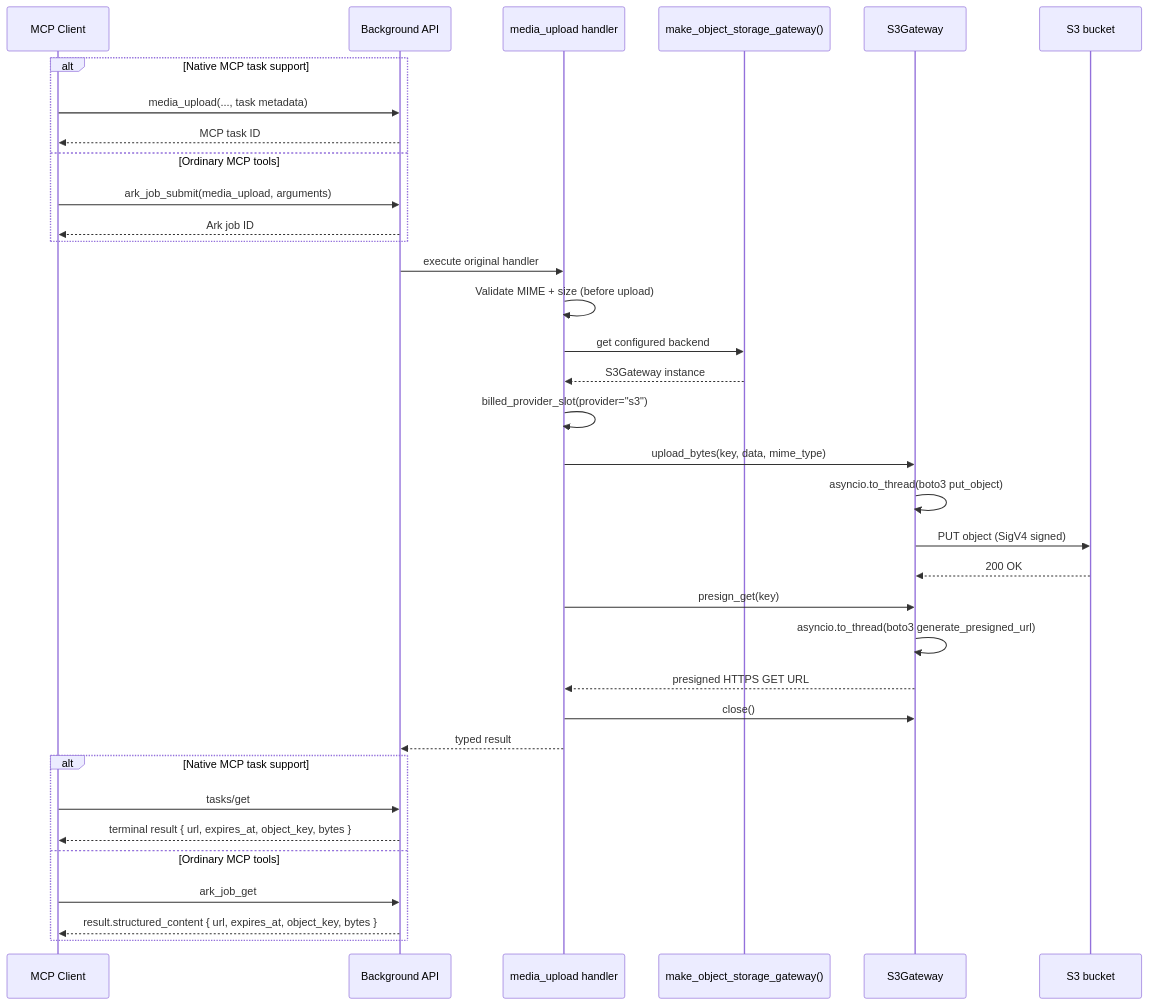
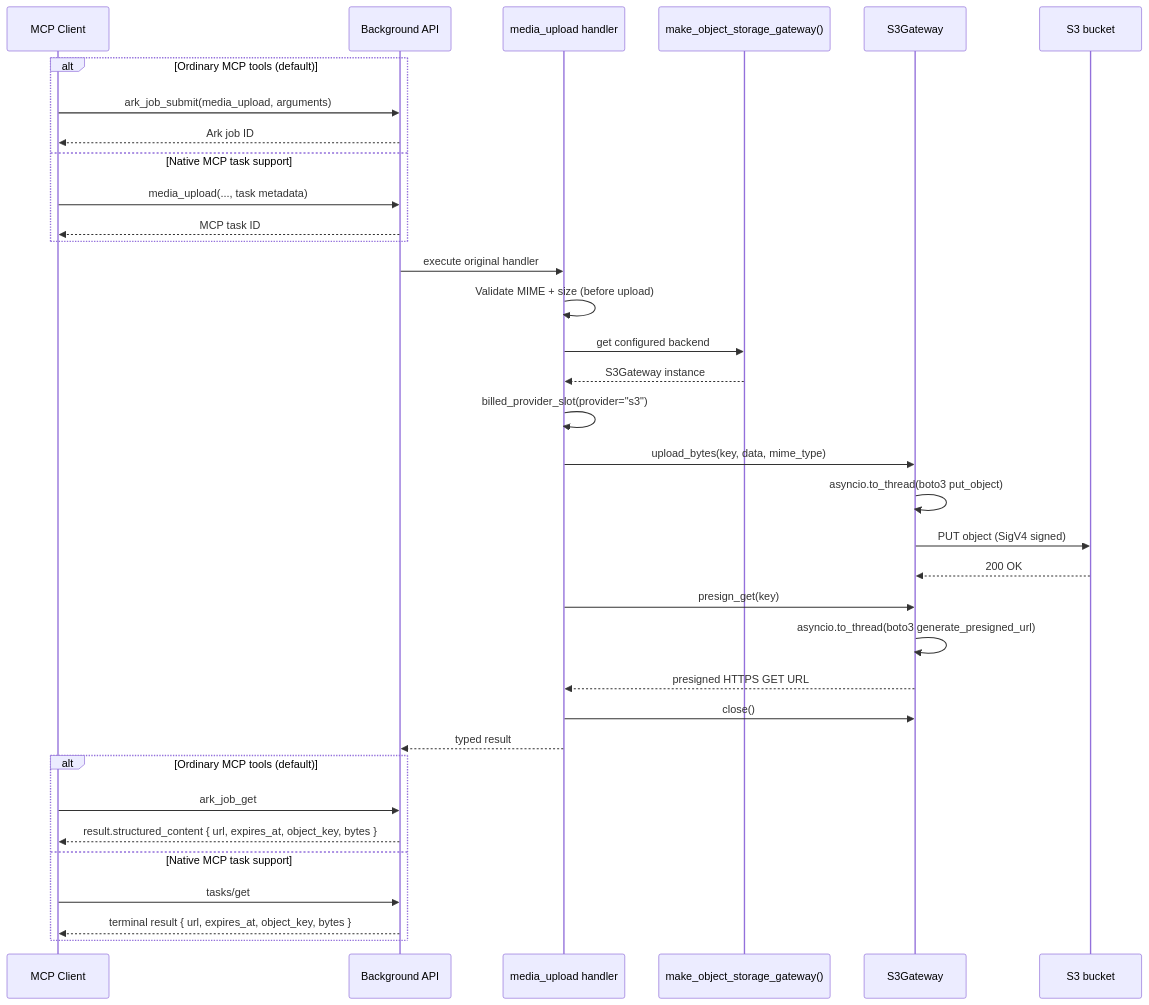
The second of 3 diagrams in docs/s3-object-storage.md (byteplus-sa/ark-mcp), drawn with Mermaid before and after one commit. The commit also changed other lines of this file and 8 other files, not shown here.

````diff
--- a/docs/s3-object-storage.md
+++ b/docs/s3-object-storage.md
@@ -53,38 +53,38 @@
 ```mermaid
 sequenceDiagram
     participant C as MCP Client
     participant B as Background API
     participant T as media_upload handler
     participant F as make_object_storage_gateway()
     participant G as S3Gateway
     participant S3 as S3 bucket
 
-    alt Native MCP task support
+    alt Ordinary MCP tools (default)
+        C->>B: ark_job_submit(media_upload, arguments)
+        B-->>C: Ark job ID
+    else Native MCP task support
         C->>B: media_upload(..., task metadata)
         B-->>C: MCP task ID
-    else Ordinary MCP tools
-        C->>B: ark_job_submit(media_upload, arguments)
-        B-->>C: Ark job ID
     end
     B->>T: execute original handler
     T->>T: Validate MIME + size (before upload)
     T->>F: get configured backend
     F-->>T: S3Gateway instance
     T->>T: billed_provider_slot(provider="s3")
     T->>G: upload_bytes(key, data, mime_type)
     G->>G: asyncio.to_thread(boto3 put_object)
     G->>S3: PUT object (SigV4 signed)
     S3-->>G: 200 OK
     T->>G: presign_get(key)
     G->>G: asyncio.to_thread(boto3 generate_presigned_url)
     G-->>T: presigned HTTPS GET URL
     T->>G: close()
     T-->>B: typed result
-    alt Native MCP task support
+    alt Ordinary MCP tools (default)
+        C->>B: ark_job_get
+        B-->>C: result.structured_content { url, expires_at, object_key, bytes }
+    else Native MCP task support
         C->>B: tasks/get
         B-->>C: terminal result { url, expires_at, object_key, bytes }
-    else Ordinary MCP tools
-        C->>B: ark_job_get
-        B-->>C: result.structured_content { url, expires_at, object_key, bytes }
     end
 ```
````
